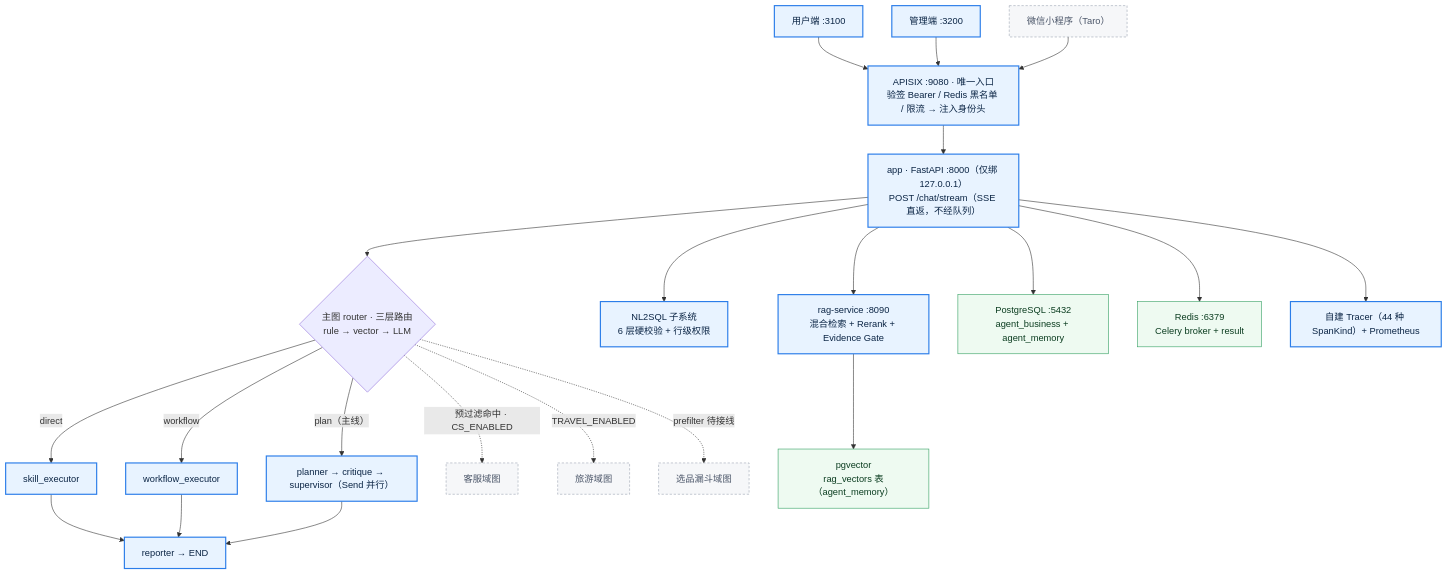
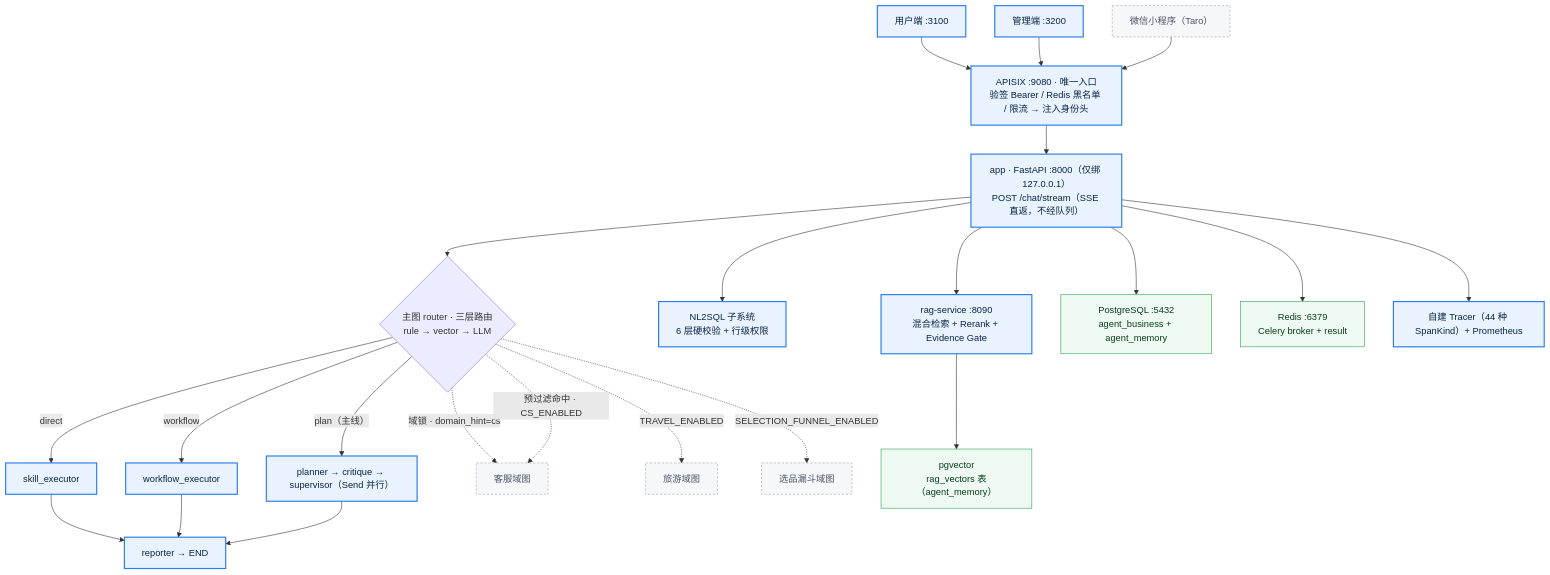
One commit to Jayus-07/agent changed the diagram in README.md. Above: the diagram before and after it, drawn with Mermaid. The commit also changed other lines of this file and 1 other file, not shown here.

First line of the commit message:
docs: 补域图「客服窗口锁域」入口，纠正「默认全部关闭」「选品待接线」两处失真

````diff
--- a/README.md
+++ b/README.md
@@ -14,36 +14,37 @@
 ```mermaid
 flowchart TB
     classDef main fill:#e8f3ff,stroke:#2b7de9,stroke-width:2px,color:#0b2545
     classDef ext  fill:#f6f7f9,stroke:#9aa4b2,stroke-dasharray:4 3,color:#4a5568
     classDef store fill:#eefaf1,stroke:#2f9e5f,color:#0b3d20
 
     W["用户端 :3100"]:::main
     AD["管理端 :3200"]:::main
     MP["微信小程序（Taro）"]:::ext
     GW["APISIX :9080 · 唯一入口<br/>验签 Bearer / Redis 黑名单 / 限流 → 注入身份头"]:::main
     APP["app · FastAPI :8000（仅绑 127.0.0.1）<br/>POST /chat/stream（SSE 直返，不经队列）"]:::main
 
     W --> GW
     AD --> GW
     MP --> GW
     GW --> APP
 
     APP --> ROUTER{"主图 router · 三层路由<br/>rule → vector → LLM"}
     ROUTER -->|direct| SE["skill_executor"]:::main
     ROUTER -->|workflow| WE["workflow_executor"]:::main
     ROUTER -->|"plan（主线）"| PL["planner → critique → supervisor（Send 并行）"]:::main
     SE --> REP["reporter → END"]:::main
     WE --> REP
     PL --> REP
 
-    ROUTER -.->|"预过滤命中 · CS_ENABLED"| CS["客服域图"]:::ext
+    ROUTER -.->|"域锁 · domain_hint=cs"| CS["客服域图"]:::ext
+    ROUTER -.->|"预过滤命中 · CS_ENABLED"| CS
     ROUTER -.->|"TRAVEL_ENABLED"| TR["旅游域图"]:::ext
-    ROUTER -.->|"prefilter 待接线"| SF["选品漏斗域图"]:::ext
+    ROUTER -.->|"SELECTION_FUNNEL_ENABLED"| SF["选品漏斗域图"]:::ext
 
     APP --> SQL["NL2SQL 子系统<br/>6 层硬校验 + 行级权限"]:::main
     APP --> RAGS["rag-service :8090<br/>混合检索 + Rerank + Evidence Gate"]:::main
     APP --> PG["PostgreSQL :5432<br/>agent_business + agent_memory"]:::store
     APP --> RD["Redis :6379<br/>Celery broker + result"]:::store
     APP --> OBS["自建 Tracer（44 种 SpanKind）+ Prometheus"]:::main
     RAGS --> CH["pgvector<br/>rag_vectors 表（agent_memory）"]:::store
 ```
````
